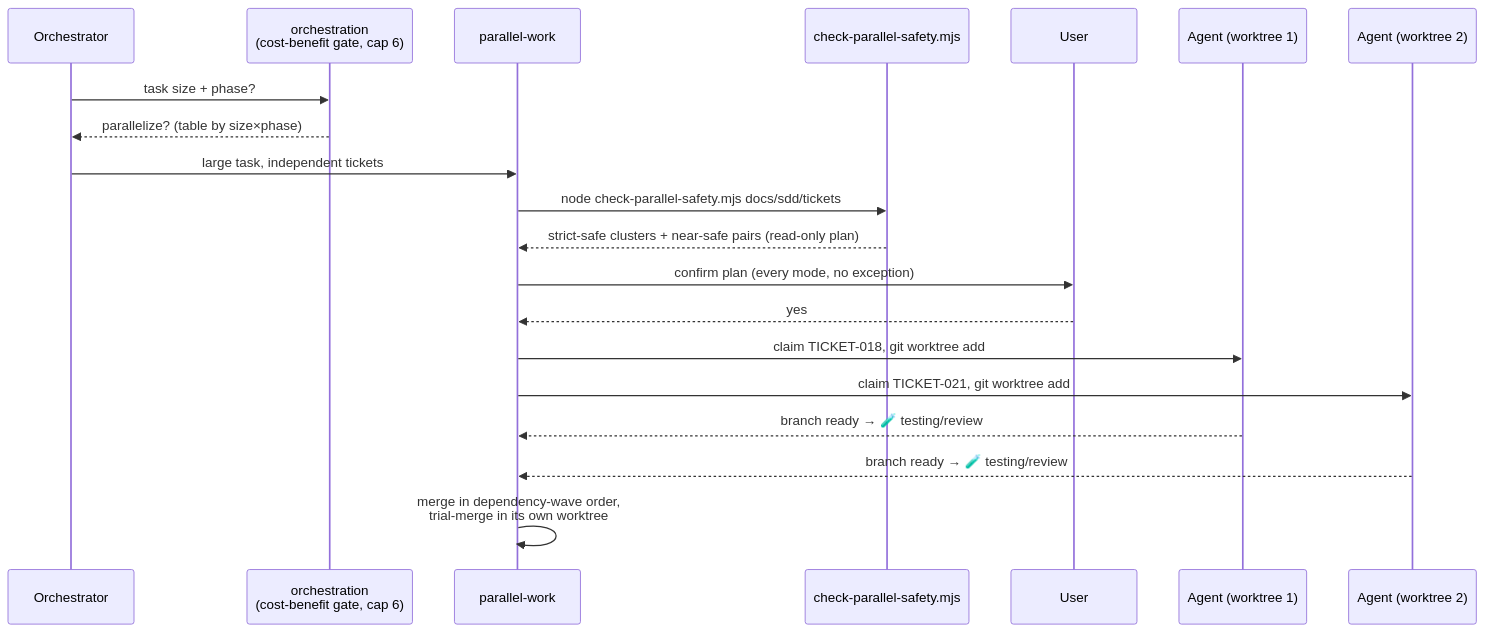
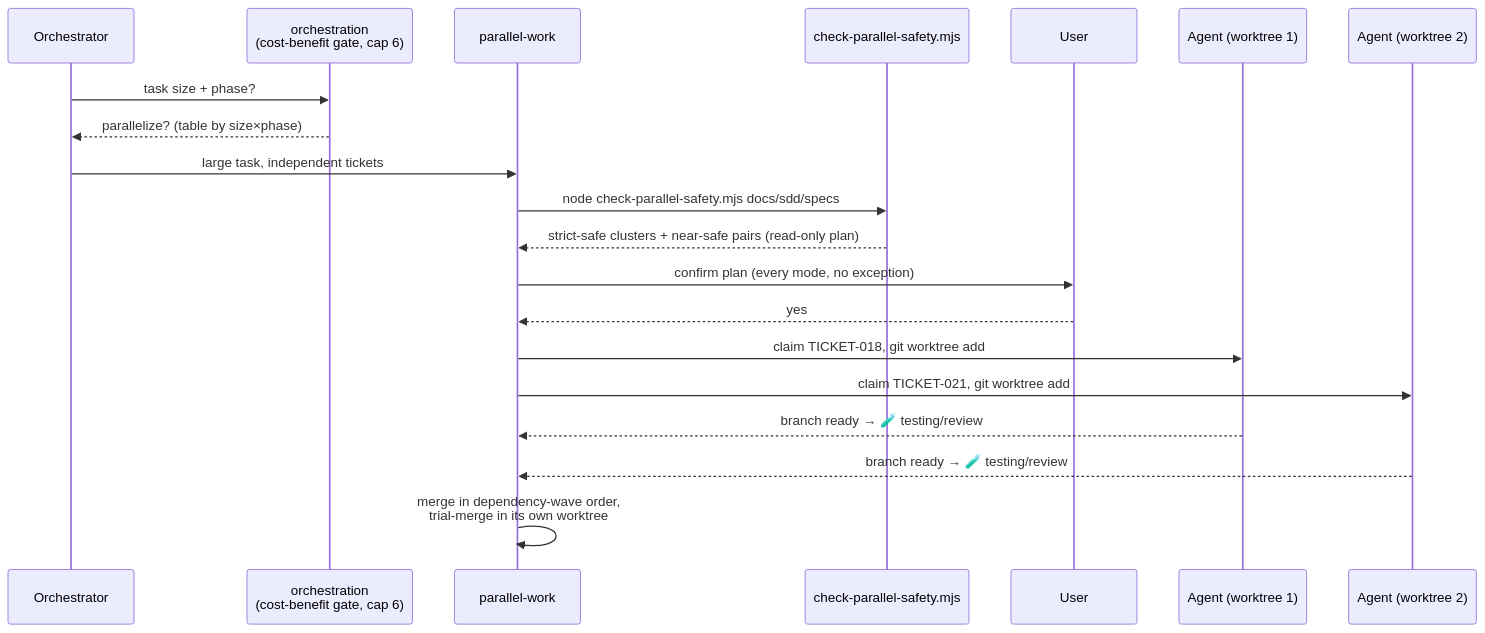
One commit to fprtm/sdd-pipeline changed the seventh of 14 diagrams in docs/ARCHITECTURE.md. Above: the diagram before and after it, drawn with Mermaid. The commit also changed other lines of this file and 31 other files, not shown here.

````diff
--- a/docs/ARCHITECTURE.md
+++ b/docs/ARCHITECTURE.md
@@ -342,23 +342,23 @@
 ```mermaid
 sequenceDiagram
     participant O as Orchestrator
     participant CB as orchestration<br/>(cost-benefit gate, cap 6)
     participant PW as parallel-work
     participant CK as check-parallel-safety.mjs
     participant U as User
     participant A1 as Agent (worktree 1)
     participant A2 as Agent (worktree 2)
 
     O->>CB: task size + phase?
     CB-->>O: parallelize? (table by size×phase)
     O->>PW: large task, independent tickets
-    PW->>CK: node check-parallel-safety.mjs docs/sdd/tickets
+    PW->>CK: node check-parallel-safety.mjs docs/sdd/specs
     CK-->>PW: strict-safe clusters + near-safe pairs (read-only plan)
     PW->>U: confirm plan (every mode, no exception)
     U-->>PW: yes
     PW->>A1: claim TICKET-018, git worktree add
     PW->>A2: claim TICKET-021, git worktree add
     A1-->>PW: branch ready → 🧪 testing/review
     A2-->>PW: branch ready → 🧪 testing/review
     PW->>PW: merge in dependency-wave order,<br/>trial-merge in its own worktree
 ```
````
